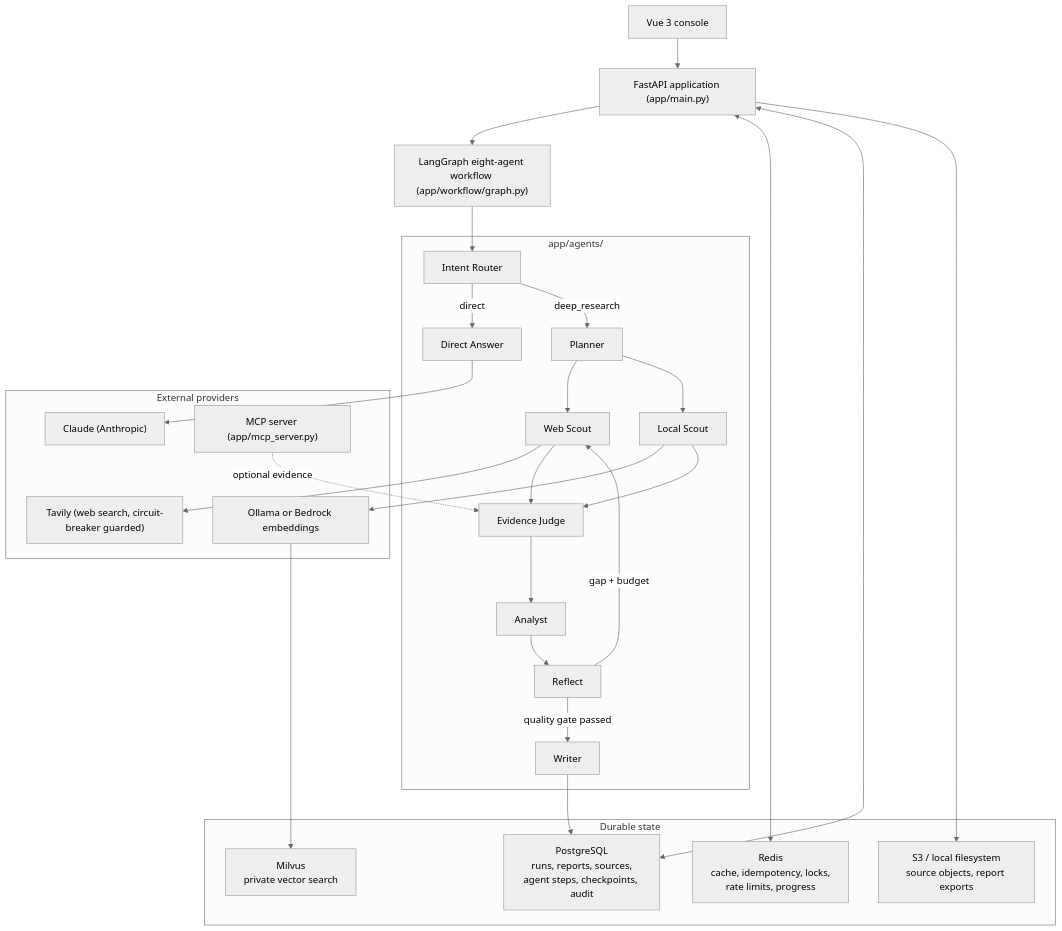
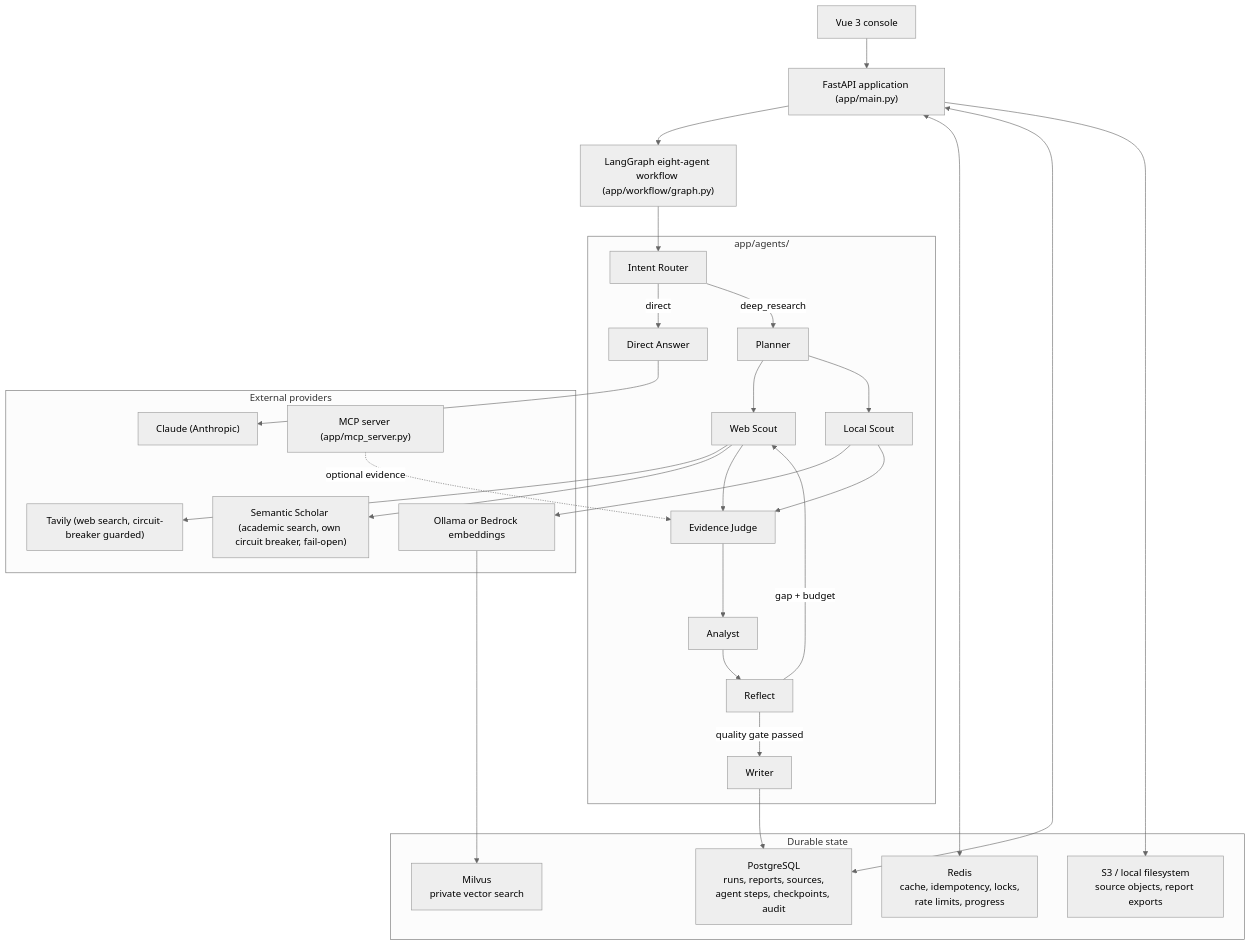
The diagram in docs/architecture.md (akira-in-tech/enterprise-agentic-research-platform), drawn with Mermaid (neutral theme) before and after one commit. The commit also changed other lines of this file and 4 other files, not shown here.

First line of the commit message:
docs: sync docs with the academic search/export feature and publish the first evaluation run

````diff
--- a/docs/architecture.md
+++ b/docs/architecture.md
@@ -9,50 +9,52 @@
 ```mermaid
 flowchart TB
     browser["Vue 3 console"]
     api["FastAPI application (app/main.py)"]
     workflow["LangGraph eight-agent workflow (app/workflow/graph.py)"]
 
     subgraph agents["app/agents/"]
         router["Intent Router"]
         planner["Planner"]
         web["Web Scout"]
         local["Local Scout"]
         judge["Evidence Judge"]
         analyst["Analyst"]
         reflect["Reflect"]
         writer["Writer"]
         direct["Direct Answer"]
     end
 
     subgraph state["Durable state"]
         postgres["PostgreSQL<br/>runs, reports, sources,<br/>agent steps, checkpoints, audit"]
         redis["Redis<br/>cache, idempotency, locks,<br/>rate limits, progress"]
         milvus["Milvus<br/>private vector search"]
         s3["S3 / local filesystem<br/>source objects, report exports"]
     end
 
     subgraph providers["External providers"]
         claude["Claude (Anthropic)"]
         tavily["Tavily (web search, circuit-breaker guarded)"]
+        semanticscholar["Semantic Scholar (academic search, own circuit breaker, fail-open)"]
         embeddings["Ollama or Bedrock embeddings"]
         mcp["MCP server (app/mcp_server.py)"]
     end
 
     browser --> api
     api --> workflow
     workflow --> router
     router -->|direct| direct --> claude
     router -->|deep_research| planner
     planner --> web --> tavily
+    web --> semanticscholar
     planner --> local --> embeddings --> milvus
     web --> judge
     local --> judge
     mcp -. optional evidence .-> judge
     judge --> analyst --> reflect
     reflect -->|gap + budget| web
     reflect -->|quality gate passed| writer
     writer --> postgres
     api <--> redis
     api <--> postgres
     api --> s3
 ```
````
